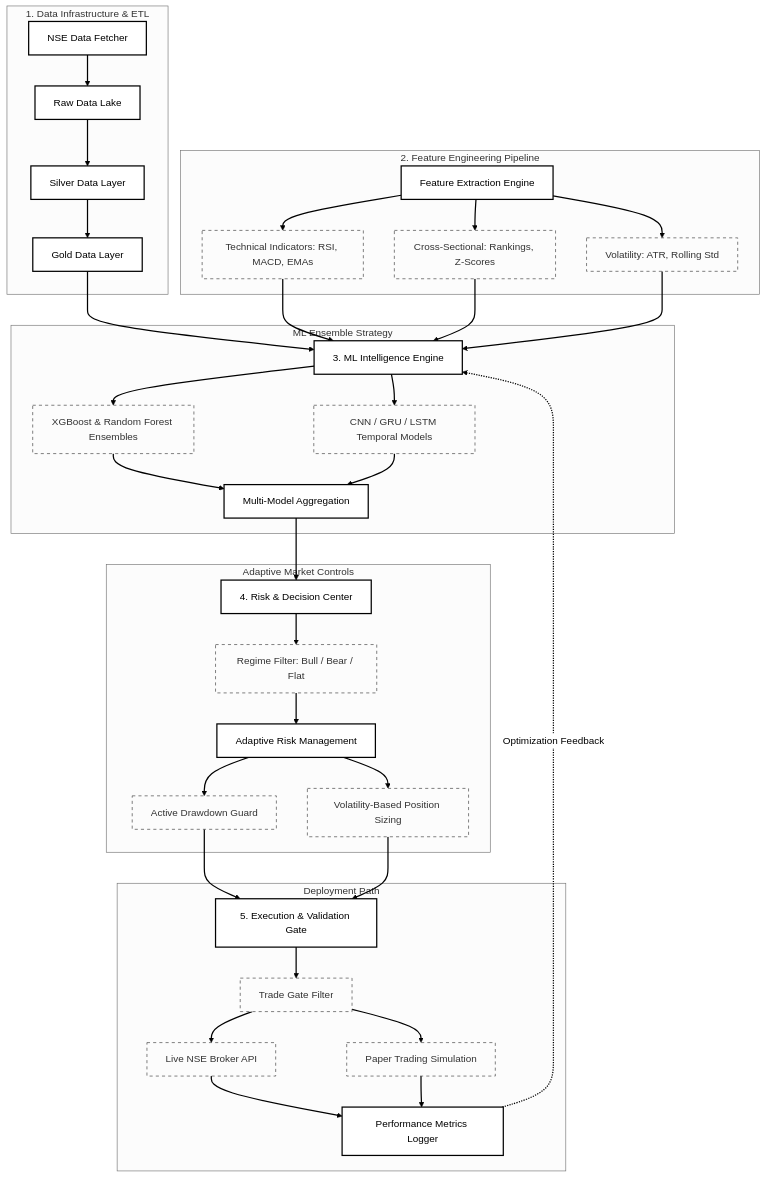
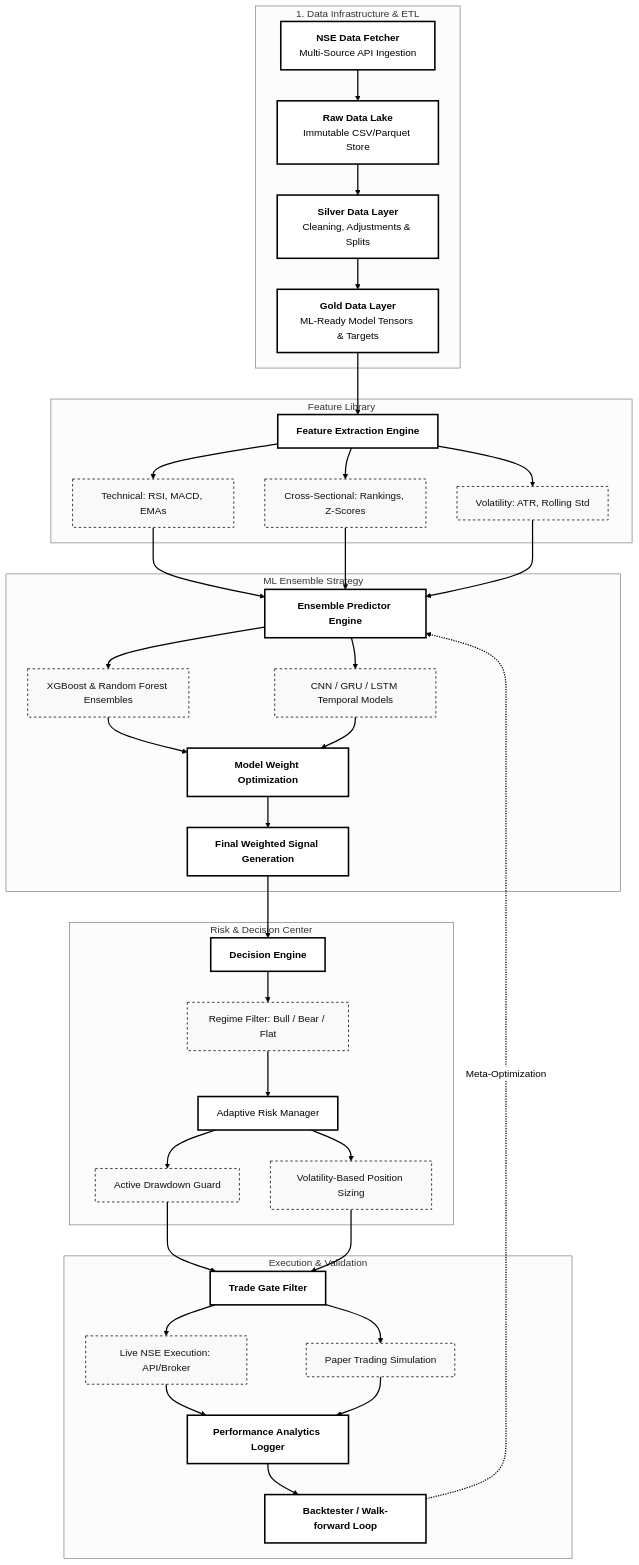
One commit to N0AHZACH/Quant_Engine changed the diagram in README.md. Above: the diagram before and after it, drawn with Mermaid (neutral theme).

Commit message:
Final Overhaul: Exhaustive architecture flowchart with every model, feature, and risk control detailed

````diff
--- a/README.md
+++ b/README.md
@@ -25,21 +25,26 @@
 ```mermaid
 flowchart TD
-    %% Global Styles
-    classDef mainNode fill:#fff,stroke:#000,stroke-width:2px,color:#000;
-    classDef detailNode fill:#fcfcfc,stroke:#333,stroke-width:1px,color:#333,stroke-dasharray: 5 5;
+    %% Global Style Definitions
+    classDef mainNode fill:#FFFFFF,stroke:#000000,stroke-width:2.5px,color:#000000;
+    classDef detailNode fill:#F9F9F9,stroke:#333333,stroke-width:1.5px,color:#111111,stroke-dasharray: 4 4;
 
-    %% 1. Data Infrastructure
-    subgraph Data_Lake [1. Data Infrastructure & ETL]
-        A[NSE Data Fetcher] --> B[Raw Data Lake]
-        B --> C[Silver Data Layer]
-        C --> D[Gold Data Layer]
+    %% 1. Data Infrastructure & ETL
+    subgraph Data_Pipe [1. Data Infrastructure & ETL]
+        A[<b>NSE Data Fetcher</b><br/>Multi-Source API Ingestion]
+        B[<b>Raw Data Lake</b><br/>Immutable CSV/Parquet Store]
+        C[<b>Silver Data Layer</b><br/>Cleaning, Adjustments & Splits]
+        D[<b>Gold Data Layer</b><br/>ML-Ready Model Tensors & Targets]
+        
+        A --> B
+        B --> C
+        C --> D
     end
     class A,B,C,D mainNode;
 
     %% 2. Feature Engineering
-    subgraph Features [2. Feature Engineering Pipeline]
-        E[Feature Extraction Engine]
-        E1[Technical Indicators: RSI, MACD, EMAs]
+    D --> E[<b>Feature Extraction Engine</b>]
+    subgraph Feature_Eng [Feature Library]
+        E1[Technical: RSI, MACD, EMAs]
         E2[Cross-Sectional: Rankings, Z-Scores]
         E3[Volatility: ATR, Rolling Std]
         
@@ -51,47 +56,63 @@
     class E1,E2,E3 detailNode;
 
     %% 3. Intelligence Engine
-    D --> F[3. ML Intelligence Engine]
     E1 --> F
     E2 --> F
     E3 --> F
-
     subgraph Intelligence [ML Ensemble Strategy]
-        F --> F1[XGBoost & Random Forest Ensembles]
-        F --> F2[CNN / GRU / LSTM Temporal Models]
-        F1 --> G[Multi-Model Aggregation]
+        F[<b>Ensemble Predictor Engine</b>]
+        F1[XGBoost & Random Forest Ensembles]
+        F2[CNN / GRU / LSTM Temporal Models]
+        G[<b>Model Weight Optimization</b>]
+        H[<b>Final Weighted Signal Generation</b>]
+        
+        F --> F1
+        F --> F2
+        F1 --> G
         F2 --> G
+        G --> H
     end
-    class F,G mainNode;
+    class F,G,H mainNode;
     class F1,F2 detailNode;
 
-    %% 4. Risk & Decision
-    G --> H[4. Risk & Decision Center]
-    subgraph Risk_Strategy [Adaptive Market Controls]
-        H --> H1[Regime Filter: Bull / Bear / Flat]
-        H1 --> H2[Adaptive Risk Management]
-        H2 --> H3[Active Drawdown Guard]
-        H2 --> H4[Volatility-Based Position Sizing]
+    %% 4. Risk Decision Center
+    H --> I[<b>Decision Engine</b>]
+    subgraph Risk_Center [Risk & Decision Center]
+        I1[Regime Filter: Bull / Bear / Flat]
+        I2[Adaptive Risk Manager]
+        I3[Active Drawdown Guard]
+        I4[Volatility-Based Position Sizing]
+        
+        I --> I1
+        I1 --> I2
+        I2 --> I3
+        I2 --> I4
     end
-    class H,H2 mainNode;
-    class H1,H3,H4 detailNode;
+    class I,I2 mainNode;
+    class I1,I3,I4 detailNode;
 
     %% 5. Execution & Validation
-    H3 --> I[5. Execution & Validation Gate]
-    H4 --> I
-    subgraph Execution [Deployment Path]
-        I --> I1[Trade Gate Filter]
-        I1 --> I2[Live NSE Broker API]
-        I1 --> I3[Paper Trading Simulation]
-        I2 --> J[Performance Metrics Logger]
-        I3 --> J
+    I3 --> J
+    I4 --> J
+    subgraph Execution [Execution & Validation]
+        J[<b>Trade Gate Filter</b>]
+        J1[Live NSE Execution: API/Broker]
+        J2[Paper Trading Simulation]
+        K[<b>Performance Analytics Logger</b>]
+        L[<b>Backtester / Walk-forward Loop</b>]
+        
+        J --> J1
+        J --> J2
+        J1 --> K
+        J2 --> K
+        K --> L
     end
-    class I,J mainNode;
-    class I1,I2,I3 detailNode;
+    class J,K,L mainNode;
+    class J1,J2 detailNode;
 
-    %% Feedback Loop
-    J -.->|Optimization Feedback| F
+    %% Global Feedback loop
+    L -.->|Meta-Optimization| F
 
     %% Global Connector Styling
-    linkStyle default stroke:#000,stroke-width:2px;
+    linkStyle default stroke:#000000,stroke-width:2px;
 ```
````
